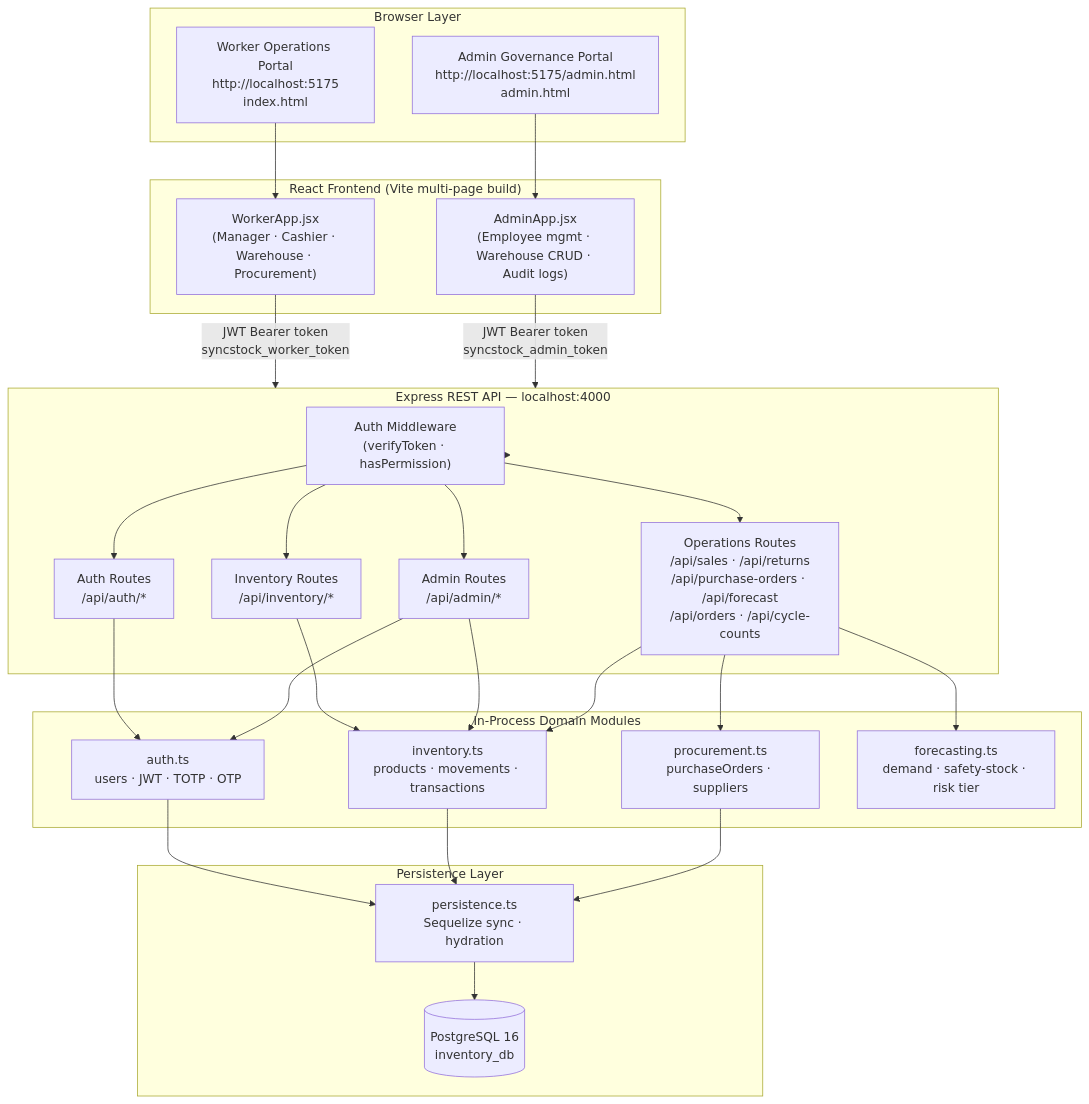
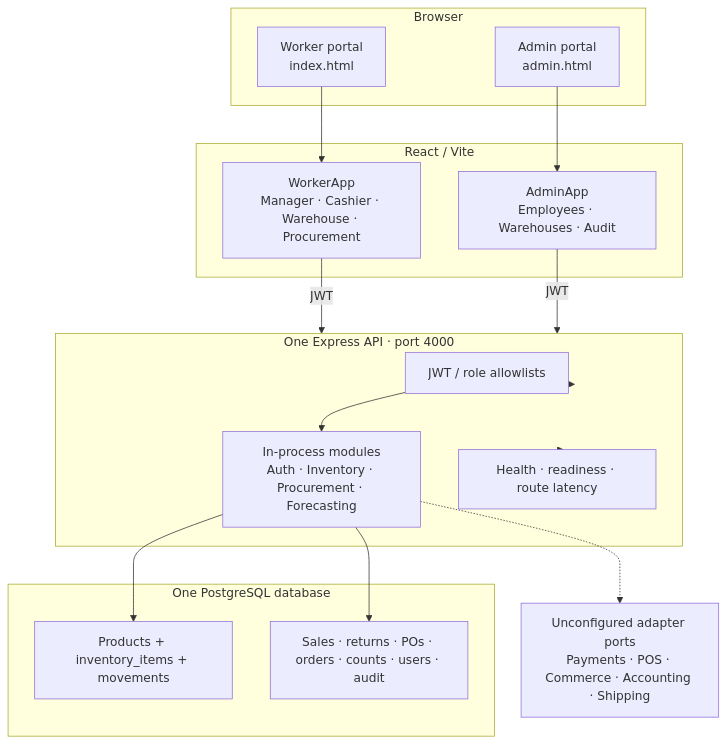
The first of 5 diagrams in Code/README.md (sibbsagentmathonsi-hash/NPRT630), drawn with Mermaid before and after one commit. The commit also changed other lines of this file and 77 other files, not shown here.

````diff
--- a/Code/README.md
+++ b/Code/README.md
@@ -79,53 +95,30 @@
 ```mermaid
 flowchart TD
-    subgraph Browser["Browser Layer"]
-        WP["Worker Operations Portal\nhttp://localhost:5175\nindex.html"]
-        AP["Admin Governance Portal\nhttp://localhost:5175/admin.html\nadmin.html"]
+    subgraph Browser["Browser"]
+        WP["Worker portal\nindex.html"]
+        AP["Admin portal\nadmin.html"]
     end
-
-    subgraph Frontend["React Frontend (Vite multi-page build)"]
-        WA["WorkerApp.jsx\n(Manager · Cashier · Warehouse · Procurement)"]
-        AA["AdminApp.jsx\n(Employee mgmt · Warehouse CRUD · Audit logs)"]
+    subgraph Frontend["React / Vite"]
+        WA["WorkerApp\nManager · Cashier · Warehouse · Procurement"]
+        AA["AdminApp\nEmployees · Warehouses · Audit"]
     end
-
-    subgraph API["Express REST API — localhost:4000"]
-        MW["Auth Middleware\n(verifyToken · hasPermission)"]
-        AUTH["Auth Routes\n/api/auth/*"]
-        INV["Inventory Routes\n/api/inventory/*"]
-        ADMIN["Admin Routes\n/api/admin/*"]
-        OPS["Operations Routes\n/api/sales · /api/returns\n/api/purchase-orders · /api/forecast\n/api/orders · /api/cycle-counts"]
+    subgraph API["One Express API · port 4000"]
+        AUTH["JWT / role allowlists"]
+        MODULES["In-process modules\nAuth · Inventory · Procurement · Forecasting"]
+        METRICS["Health · readiness · route latency"]
     end
-
-    subgraph Domain["In-Process Domain Modules"]
-        AUTH_M["auth.ts\nusers · JWT · TOTP · OTP"]
-        INV_M["inventory.ts\nproducts · movements · transactions"]
-        PROC_M["procurement.ts\npurchaseOrders · suppliers"]
-        FORE_M["forecasting.ts\ndemand · safety-stock · risk tier"]
+    subgraph DB["One PostgreSQL database"]
+        STOCK["Products + inventory_items + movements"]
+        TRANSACTIONS["Sales · returns · POs · orders · counts · users · audit"]
     end
-
-    subgraph Persistence["Persistence Layer"]
-        SYNC["persistence.ts\nSequelize sync · hydration"]
-        PG[("PostgreSQL 16\ninventory_db")]
-    end
-
+    PORTS["Unconfigured adapter ports\nPayments · POS · Commerce · Accounting · Shipping"]
     WP --> WA
     AP --> AA
-    WA -->|"JWT Bearer token\nsyncstock_worker_token"| API
-    AA -->|"JWT Bearer token\nsyncstock_admin_token"| API
-    API --> MW
-    MW --> AUTH
-    MW --> INV
-    MW --> ADMIN
-    MW --> OPS
-    AUTH --> AUTH_M
-    INV --> INV_M
-    ADMIN --> AUTH_M
-    ADMIN --> INV_M
-    OPS --> INV_M
-    OPS --> PROC_M
-    OPS --> FORE_M
-    AUTH_M --> SYNC
-    INV_M --> SYNC
-    PROC_M --> SYNC
-    SYNC --> PG
+    WA -->|JWT| API
+    AA -->|JWT| API
+    API --> AUTH --> MODULES
+    MODULES --> STOCK
+    MODULES --> TRANSACTIONS
+    MODULES -.-> PORTS
+    API --> METRICS
 ```
````
